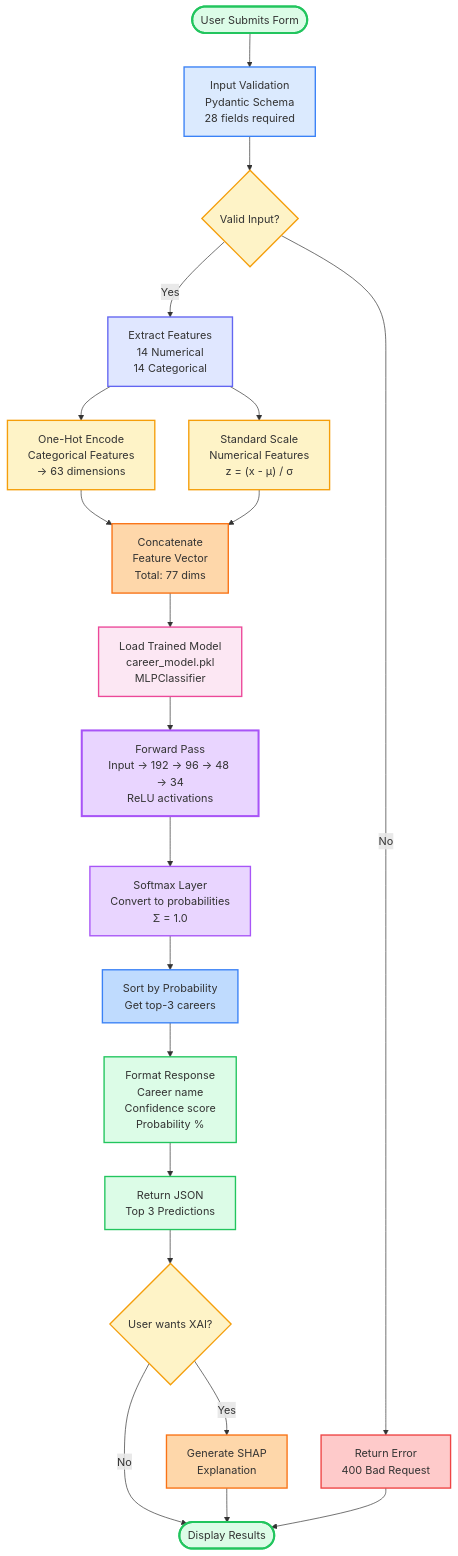
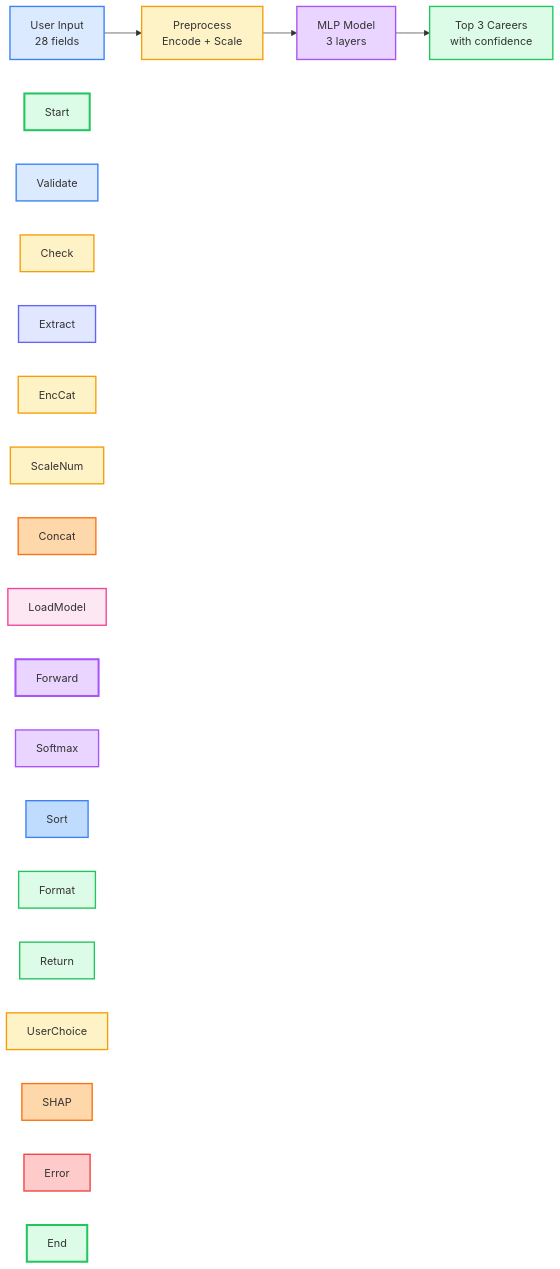
One commit to rafainamdar04/BrightPathCareerRecommendation changed the diagram in docs/figures/05_career_prediction_algorithm.mmd. Above: the diagram before and after it, drawn with Mermaid. The commit also changed 5 other files, not shown here.

First line of the commit message:
Simplify algorithm diagrams to minimal essential flow

```diff
--- a/docs/figures/05_career_prediction_algorithm.mmd
+++ b/docs/figures/05_career_prediction_algorithm.mmd
@@ -1,51 +1,29 @@
-flowchart TD
-    %% Career Prediction Algorithm (MLP-based)
+flowchart LR
+    %% Career Prediction Algorithm - Simple
     
-    Start([User Submits Form]) --> Validate["Input Validation<br/>Pydantic Schema<br/>28 fields required"]
+    A["User Input<br/>28 fields"] --> B["Preprocess<br/>Encode + Scale"]
+    B --> C["MLP Model<br/>3 layers"]
+    C --> D["Top 3 Careers<br/>with confidence"]
     
-    Validate --> Check{Valid Input?}
-    Check -->|No| Error["Return Error<br/>400 Bad Request"]
-    Check -->|Yes| Extract["Extract Features<br/>14 Numerical<br/>14 Categorical"]
-    
-    Extract --> EncCat["One-Hot Encode<br/>Categorical Features<br/>→ 63 dimensions"]
-    Extract --> ScaleNum["Standard Scale<br/>Numerical Features<br/>z = (x - μ) / σ"]
-    
-    EncCat --> Concat["Concatenate<br/>Feature Vector<br/>Total: 77 dims"]
-    ScaleNum --> Concat
-    
-    Concat --> LoadModel["Load Trained Model<br/>career_model.pkl<br/>MLPClassifier"]
-    
-    LoadModel --> Forward["Forward Pass<br/>Input → 192 → 96 → 48 → 34<br/>ReLU activations"]
-    
-    Forward --> Softmax["Softmax Layer<br/>Convert to probabilities<br/>Σ = 1.0"]
-    
-    Softmax --> Sort["Sort by Probability<br/>Get top-3 careers"]
-    
-    Sort --> Format["Format Response<br/>Career name<br/>Confidence score<br/>Probability %"]
-    
-    Format --> Return["Return JSON<br/>Top 3 Predictions"]
-    
-    Return --> UserChoice{User wants XAI?}
-    UserChoice -->|Yes| SHAP["Generate SHAP<br/>Explanation"]
-    UserChoice -->|No| End([Display Results])
-    
-    SHAP --> End
-    Error --> End
+    style A fill:#dbeafe,stroke:#3b82f6,stroke-width:2px
+    style B fill:#fef3c7,stroke:#f59e0b,stroke-width:2px
+    style C fill:#e9d5ff,stroke:#a855f7,stroke-width:2px
+    style D fill:#dcfce7,stroke:#22c55e,stroke-width:2px
     
     style Start fill:#dcfce7,stroke:#22c55e,stroke-width:3px
     style Validate fill:#dbeafe,stroke:#3b82f6,stroke-width:2px
     style Check fill:#fef3c7,stroke:#f59e0b,stroke-width:2px
     style Extract fill:#e0e7ff,stroke:#6366f1,stroke-width:2px
     style EncCat fill:#fef3c7,stroke:#f59e0b,stroke-width:2px
     style ScaleNum fill:#fef3c7,stroke:#f59e0b,stroke-width:2px
     style Concat fill:#fed7aa,stroke:#f97316,stroke-width:2px
     style LoadModel fill:#fce7f3,stroke:#ec4899,stroke-width:2px
     style Forward fill:#e9d5ff,stroke:#a855f7,stroke-width:3px
     style Softmax fill:#e9d5ff,stroke:#a855f7,stroke-width:2px
     style Sort fill:#bfdbfe,stroke:#3b82f6,stroke-width:2px
     style Format fill:#dcfce7,stroke:#22c55e,stroke-width:2px
     style Return fill:#dcfce7,stroke:#22c55e,stroke-width:2px
     style UserChoice fill:#fef3c7,stroke:#f59e0b,stroke-width:2px
     style SHAP fill:#fed7aa,stroke:#f97316,stroke-width:2px
     style Error fill:#fecaca,stroke:#ef4444,stroke-width:2px
     style End fill:#dcfce7,stroke:#22c55e,stroke-width:3px
```
